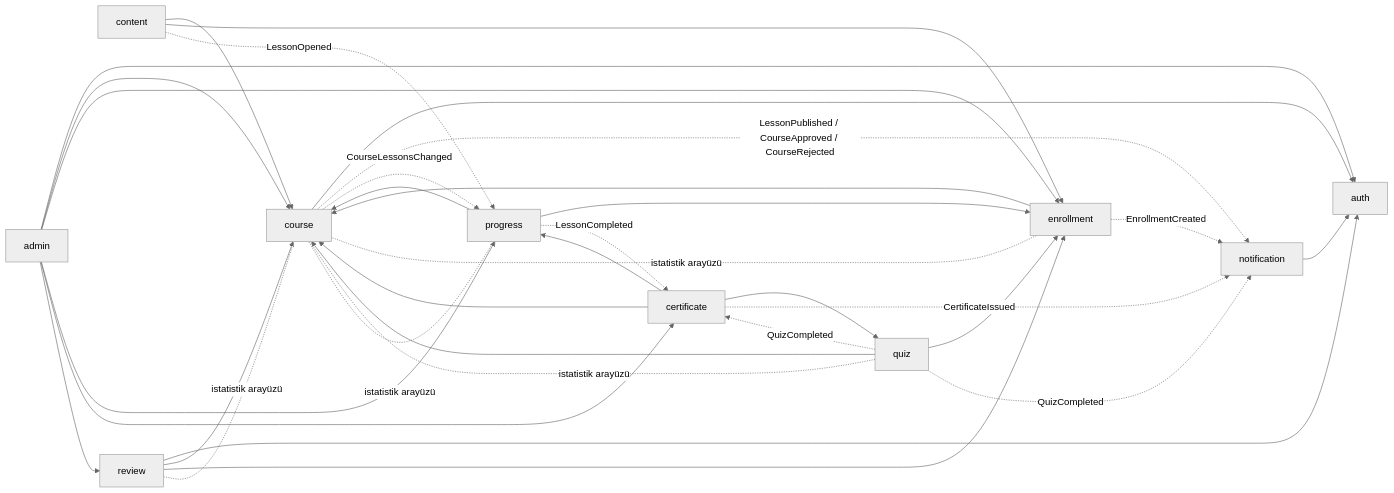
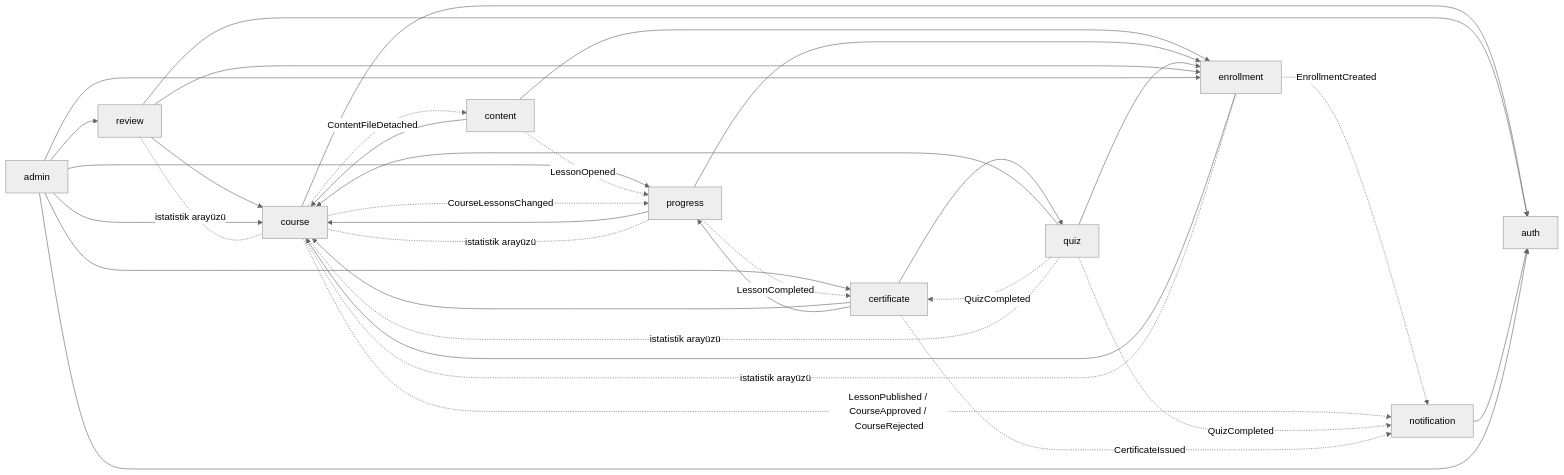
One commit to Bertanokt/mini-udemy changed the second of 2 diagrams in docs/architecture.md. Above: the diagram before and after it, drawn with Mermaid (neutral theme). The commit also changed other lines of this file and 22 other files, not shown here.

````diff
--- a/docs/architecture.md
+++ b/docs/architecture.md
@@ -220,39 +222,40 @@
 ```mermaid
 flowchart LR
   auth
   course --> auth
   enrollment --> course
   content --> course
   content --> enrollment
   progress --> course
   progress --> enrollment
   quiz --> course
   quiz --> enrollment
   certificate --> course
   certificate --> progress
   certificate --> quiz
   review --> auth
   review --> course
   review --> enrollment
   notification --> auth
   admin --> auth
   admin --> course
   admin --> enrollment
   admin --> progress
   admin --> certificate
   admin --> review
 
   enrollment -. EnrollmentCreated .-> notification
   course -. LessonPublished / CourseApproved / CourseRejected .-> notification
   content -. LessonOpened .-> progress
   course -. CourseLessonsChanged .-> progress
+  course -. ContentFileDetached .-> content
   progress -. LessonCompleted .-> certificate
   quiz -. QuizCompleted .-> certificate
   quiz -. QuizCompleted .-> notification
   certificate -. CertificateIssued .-> notification
 
   enrollment -.-|istatistik arayüzü| course
   progress -.-|istatistik arayüzü| course
   quiz -.-|istatistik arayüzü| course
   review -.-|istatistik arayüzü| course
 ```
````
